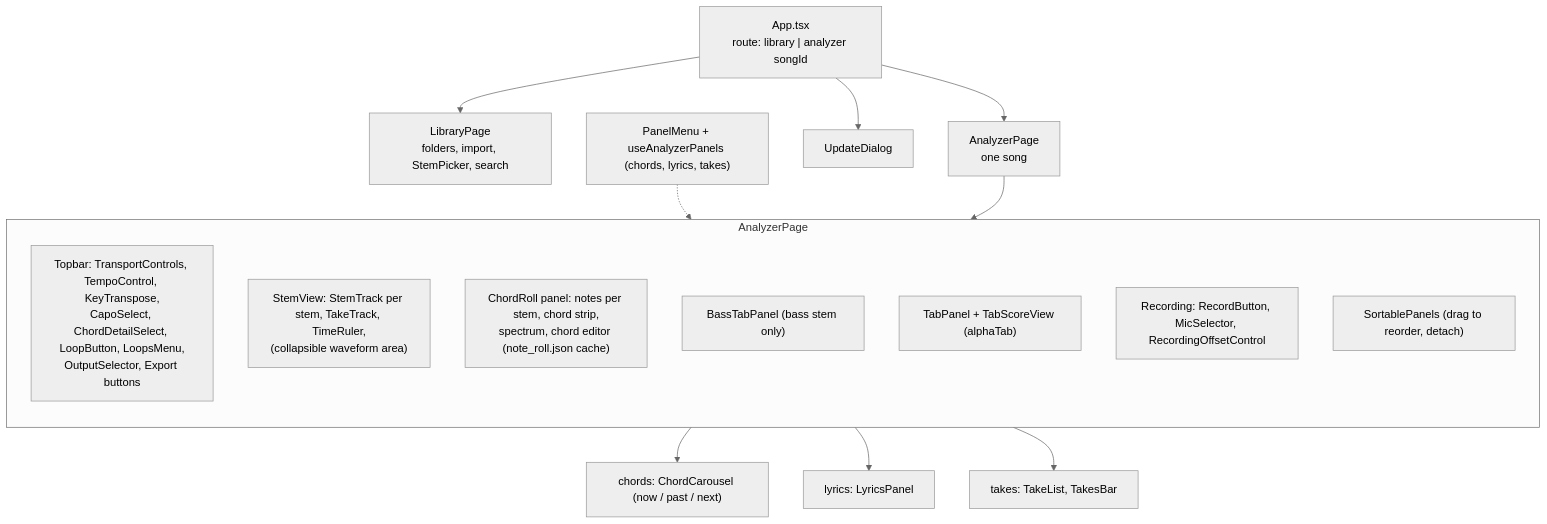
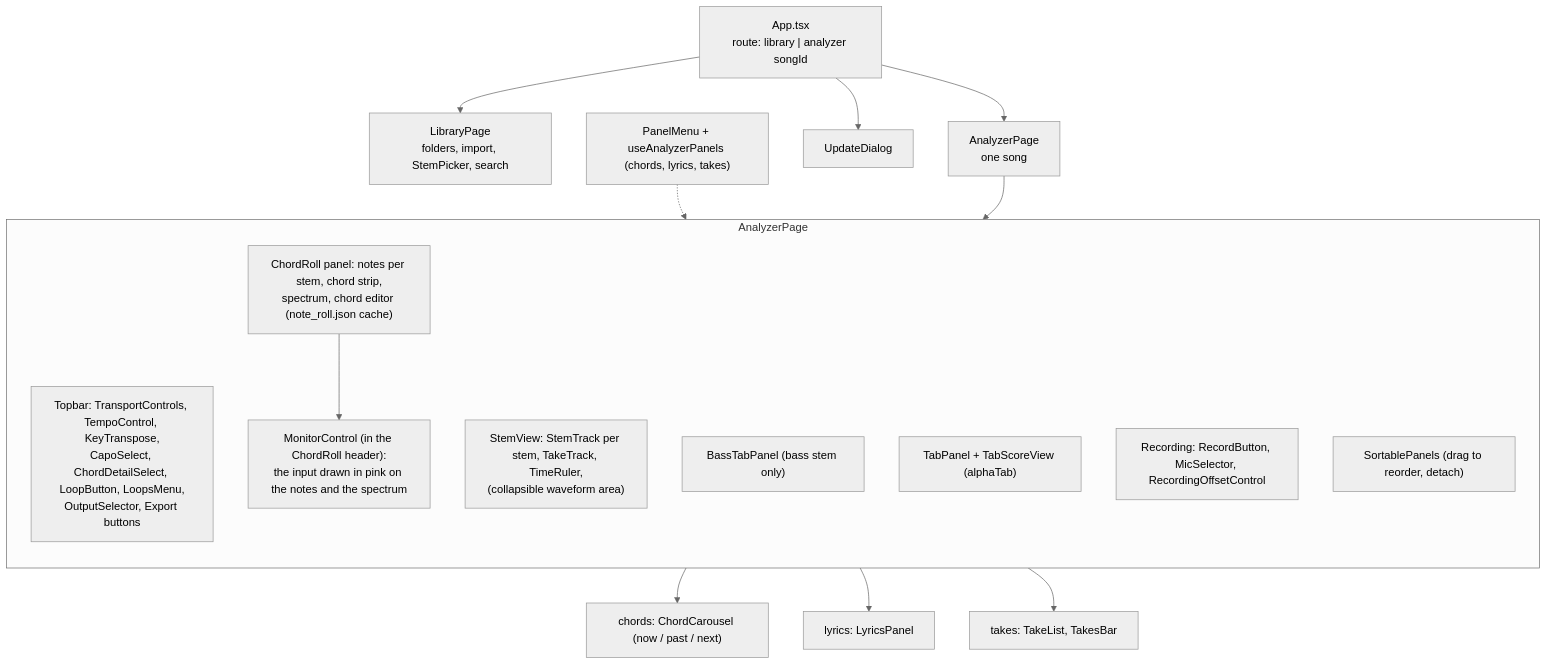
Before and after one commit to giamat90/SongPracticeStudio: the second of 16 diagrams in wiki/uml.md, drawn with Mermaid (neutral theme). The commit also changed other lines of this file, not shown here.

First line of the commit message:
docs: uml.md follows the chord roll Monitor (section 16, component and record views)

````diff
--- a/wiki/uml.md
+++ b/wiki/uml.md
@@ -69,24 +69,26 @@
 ```mermaid
 flowchart TB
     APP["App.tsx<br/>route: library | analyzer songId"]
     APP --> LP["LibraryPage<br/>folders, import, StemPicker, search"]
     APP --> AP["AnalyzerPage<br/>one song"]
     APP --> UD["UpdateDialog"]
 
     subgraph ap["AnalyzerPage"]
         direction TB
         TOP["Topbar: TransportControls, TempoControl, KeyTranspose,<br/>CapoSelect, ChordDetailSelect, LoopButton, LoopsMenu,<br/>OutputSelector, Export buttons"]
         SV["StemView: StemTrack per stem, TakeTrack, TimeRuler,<br/>(collapsible waveform area)"]
         CR["ChordRoll panel: notes per stem, chord strip,<br/>spectrum, chord editor (note_roll.json cache)"]
+        MON["MonitorControl (in the ChordRoll header):<br/>the input drawn in pink on the notes and the spectrum"]
         BT["BassTabPanel (bass stem only)"]
         TB["TabPanel + TabScoreView (alphaTab)"]
         REC["Recording: RecordButton, MicSelector, RecordingOffsetControl"]
         SP["SortablePanels (drag to reorder, detach)"]
     end
     AP --> ap
+    CR --> MON
     SP --> P1["chords: ChordCarousel (now / past / next)"]
     SP --> P2["lyrics: LyricsPanel"]
     SP --> P3["takes: TakeList, TakesBar"]
     PM["PanelMenu + useAnalyzerPanels (chords, lyrics, takes)"]
     PM -.-> SP
 ```
````
